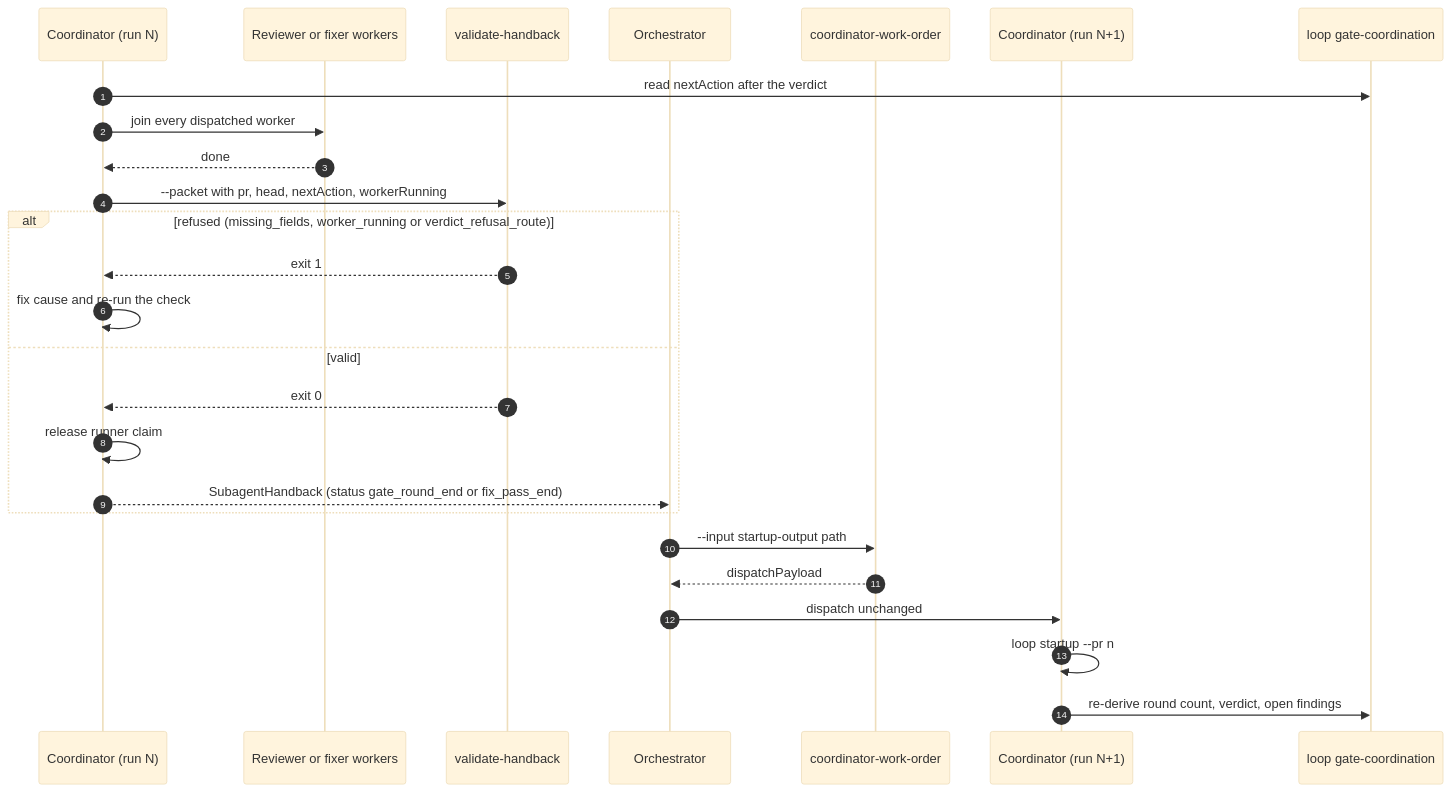
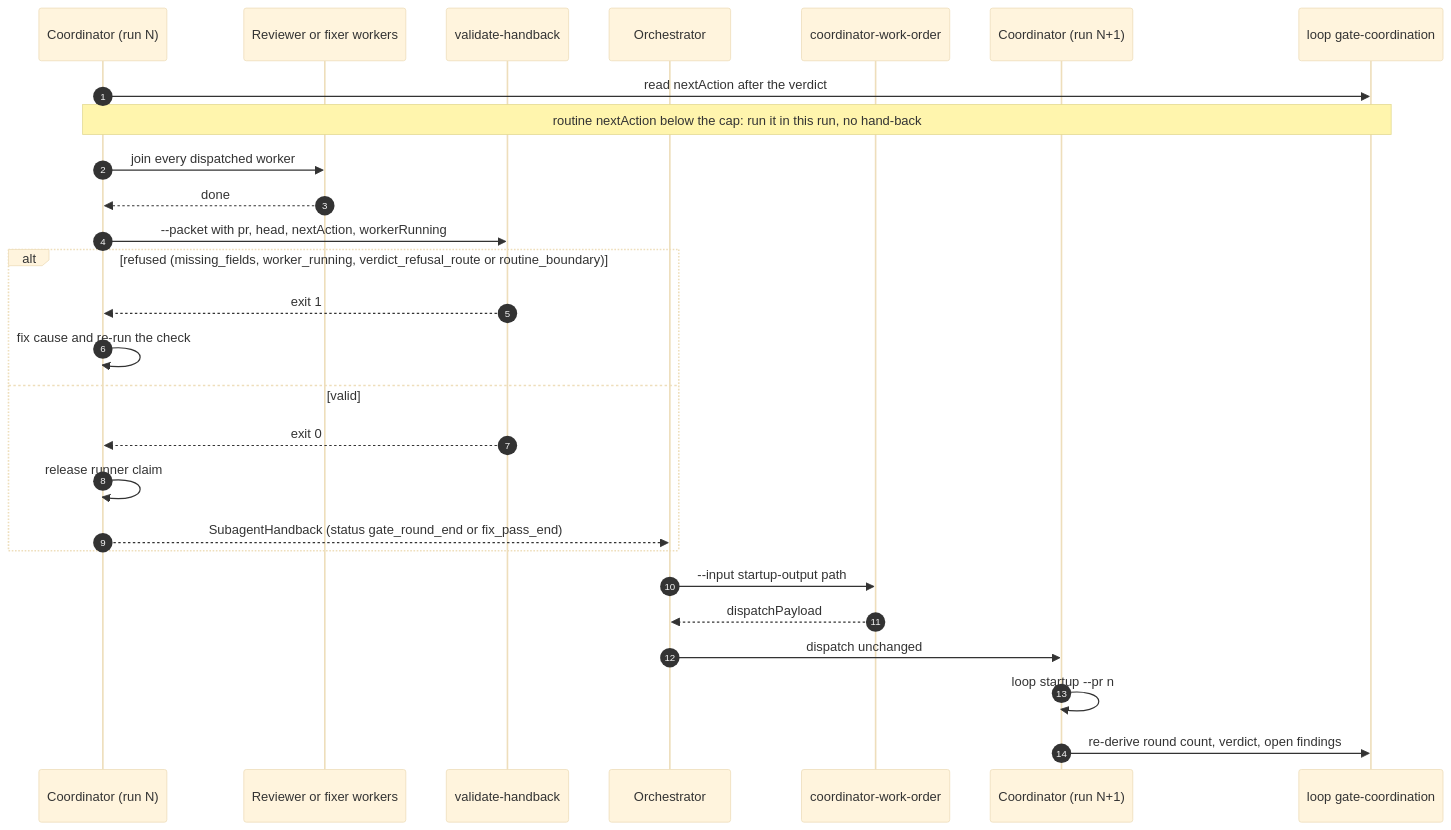
The eighth of 14 diagrams in docs/atlas/04-main-flows.md (mfittko/dev-loops), drawn with Mermaid (base theme) before and after one commit. The commit also changed other lines of this file and 20 other files, not shown here.

First line of the commit message:
feat(coordinator): continue at routine boundaries, hand back at a stop

````diff
--- a/docs/atlas/04-main-flows.md
+++ b/docs/atlas/04-main-flows.md
@@ -262,28 +262,29 @@
 ```mermaid
 sequenceDiagram
   autonumber
   participant C1 as Coordinator (run N)
   participant W as Reviewer or fixer workers
   participant V as validate-handback
   participant MA as Orchestrator
   participant EW as coordinator-work-order
   participant C2 as Coordinator (run N+1)
   participant GC as loop gate-coordination
   C1->>GC: read nextAction after the verdict
+  Note over C1,GC: routine nextAction below the cap: run it in this run, no hand-back
   C1->>W: join every dispatched worker
   W-->>C1: done
   C1->>V: --packet with pr, head, nextAction, workerRunning
-  alt refused (missing_fields, worker_running or verdict_refusal_route)
+  alt refused (missing_fields, worker_running, verdict_refusal_route or routine_boundary)
     V-->>C1: exit 1
     C1->>C1: fix cause and re-run the check
   else valid
     V-->>C1: exit 0
     C1->>C1: release runner claim
     C1-->>MA: SubagentHandback (status gate_round_end or fix_pass_end)
   end
   MA->>EW: --input startup-output path
   EW-->>MA: dispatchPayload
   MA->>C2: dispatch unchanged
   C2->>C2: loop startup --pr n
   C2->>GC: re-derive round count, verdict, open findings
 ```
````
